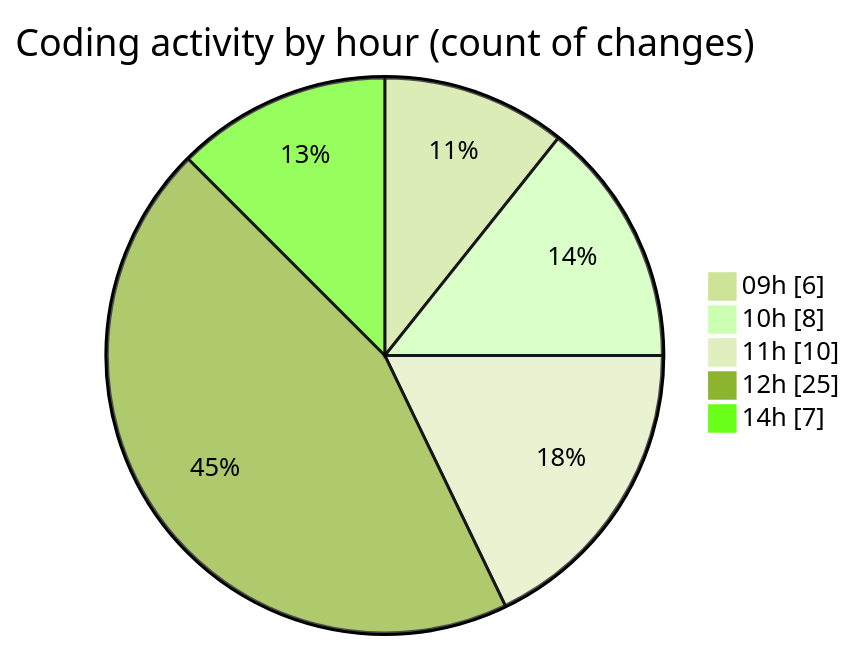
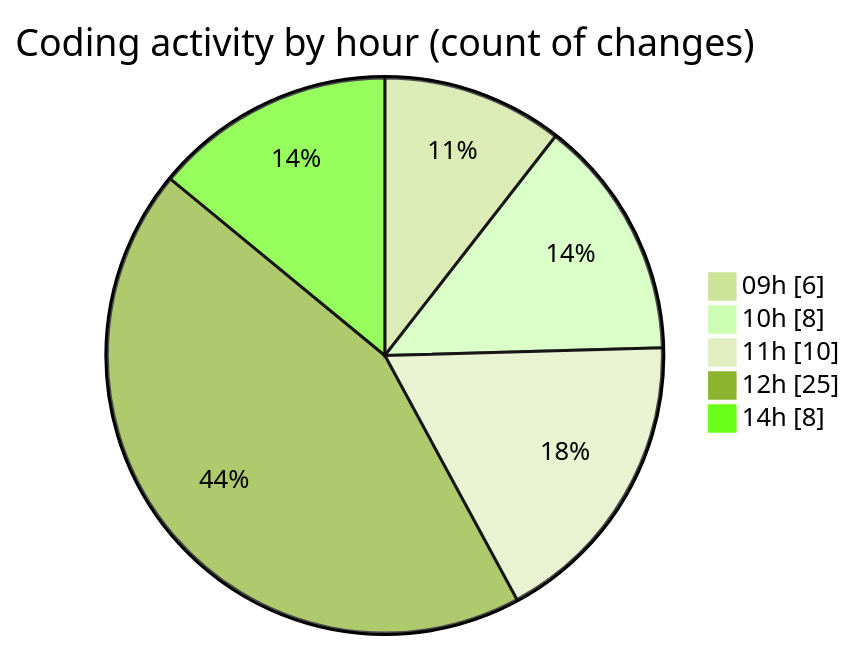
Before and after one commit to momahboobian/code-tracking: the second of 2 diagrams in 2025-10-22/cda/README.md, drawn with Mermaid (forest theme). The commit also changed other lines of this file and 1 other file, not shown here.

````diff
--- a/2025-10-22/cda/README.md
+++ b/2025-10-22/cda/README.md
@@ -38,9 +38,9 @@
 ```mermaid
 pie showData
 title Coding activity by hour (count of changes)
 "09h" : 6
 "10h" : 8
 "11h" : 10
 "12h" : 25
-"14h" : 7
+"14h" : 8
 ```
````
